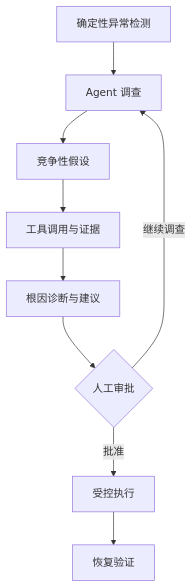
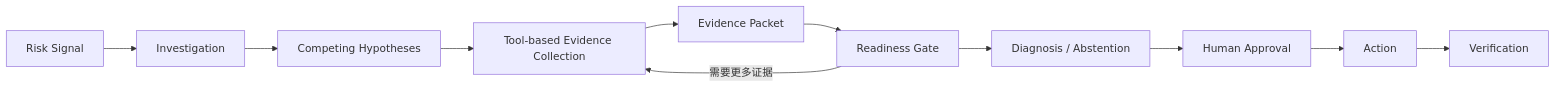
One commit to Eason4real/releaseguard-ai changed the diagram in README.md. Above: the diagram before and after it, drawn with Mermaid. The commit also changed other lines of this file and 48 other files, not shown here.

````diff
--- a/README.md
+++ b/README.md
@@ -29,11 +21,13 @@
 ```mermaid
-flowchart TD
-    A[确定性异常检测] --> B[Agent 调查]
-    B --> C[竞争性假设]
-    C --> D[工具调用与证据]
-    D --> E[根因诊断与建议]
-    E --> F{人工审批}
-    F -->|继续调查| B
-    F -->|批准| G[受控执行]
-    G --> H[恢复验证]
+flowchart LR
+    A[Risk Signal] --> B[Investigation]
+    B --> C[Competing Hypotheses]
+    C --> D[Tool-based Evidence Collection]
+    D --> E[Evidence Packet]
+    E --> F[Readiness Gate]
+    F --> G[Diagnosis / Abstention]
+    G --> H[Human Approval]
+    H --> I[Action]
+    I --> J[Verification]
+    F -->|需要更多证据| D
 ```
````
